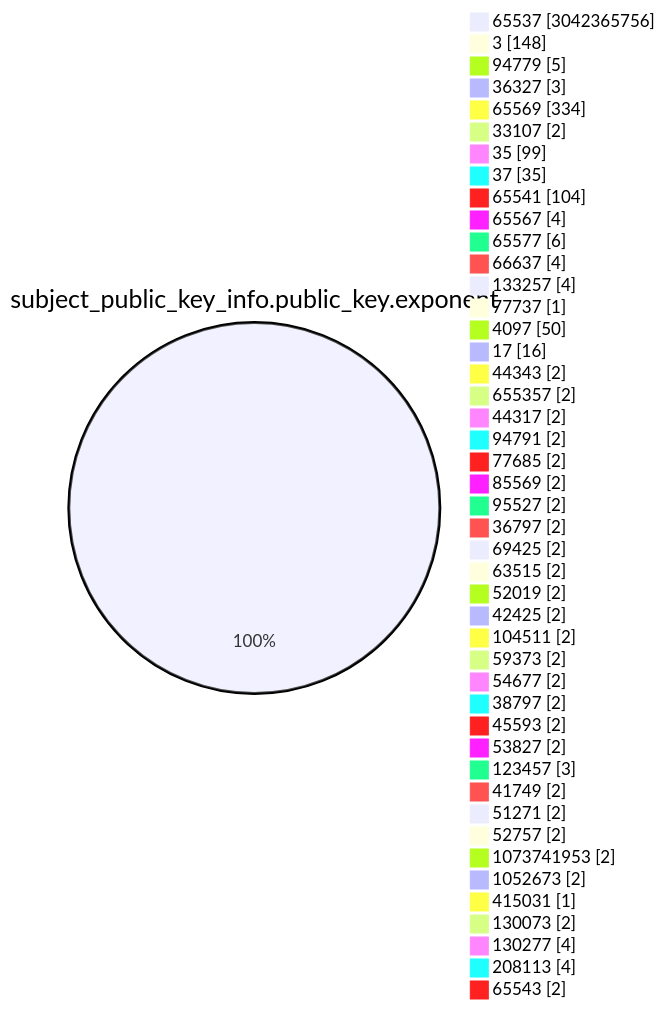
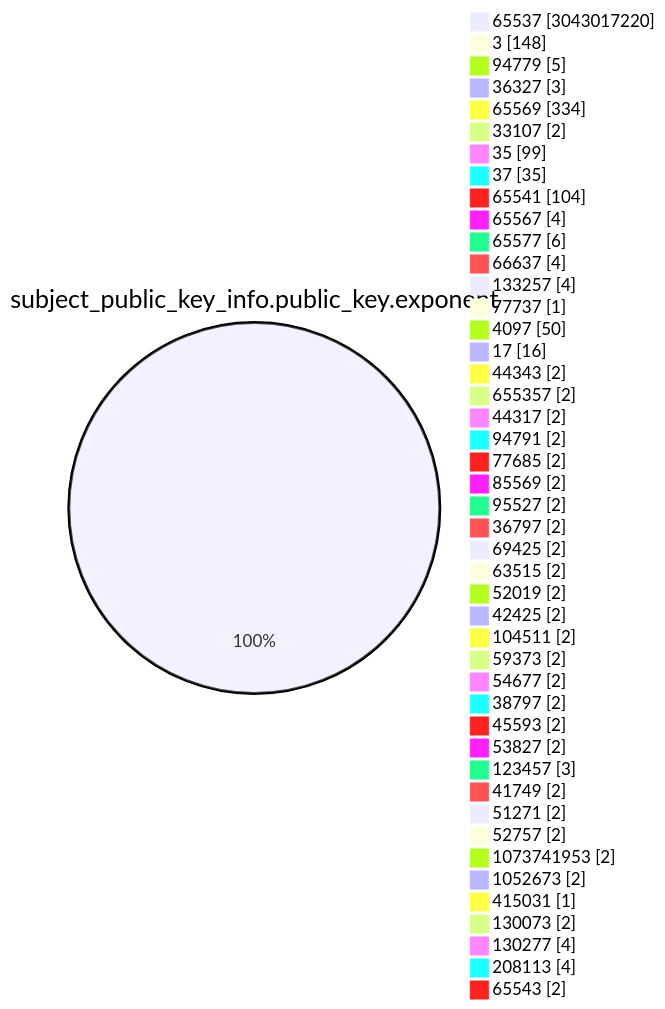
One commit to christiankrug/ctmonitor_visualization changed the fourth of 15 diagrams in TOTAL/README.md. Above: the diagram before and after it, drawn with Mermaid. The commit also changed other lines of this file, not shown here.

````diff
--- a/TOTAL/README.md
+++ b/TOTAL/README.md
@@ -1473,49 +1473,49 @@
 ```mermaid
 pie showData
 title subject_public_key_info.public_key.exponent
-"65537" :3042365756
+"65537" :3043017220
 "3" :148
 "94779" :5
 "36327" :3
 "65569" :334
 "33107" :2
 "35" :99
 "37" :35
 "65541" :104
 "65567" :4
 "65577" :6
 "66637" :4
 "133257" :4
 "77737" :1
 "4097" :50
 "17" :16
 "44343" :2
 "655357" :2
 "44317" :2
 "94791" :2
 "77685" :2
 "85569" :2
 "95527" :2
 "36797" :2
 "69425" :2
 "63515" :2
 "52019" :2
 "42425" :2
 "104511" :2
 "59373" :2
 "54677" :2
 "38797" :2
 "45593" :2
 "53827" :2
 "123457" :3
 "41749" :2
 "51271" :2
 "52757" :2
 "1073741953" :2
 "1052673" :2
 "415031" :1
 "130073" :2
 "130277" :4
 "208113" :4
 "65543" :2
 ```
````
